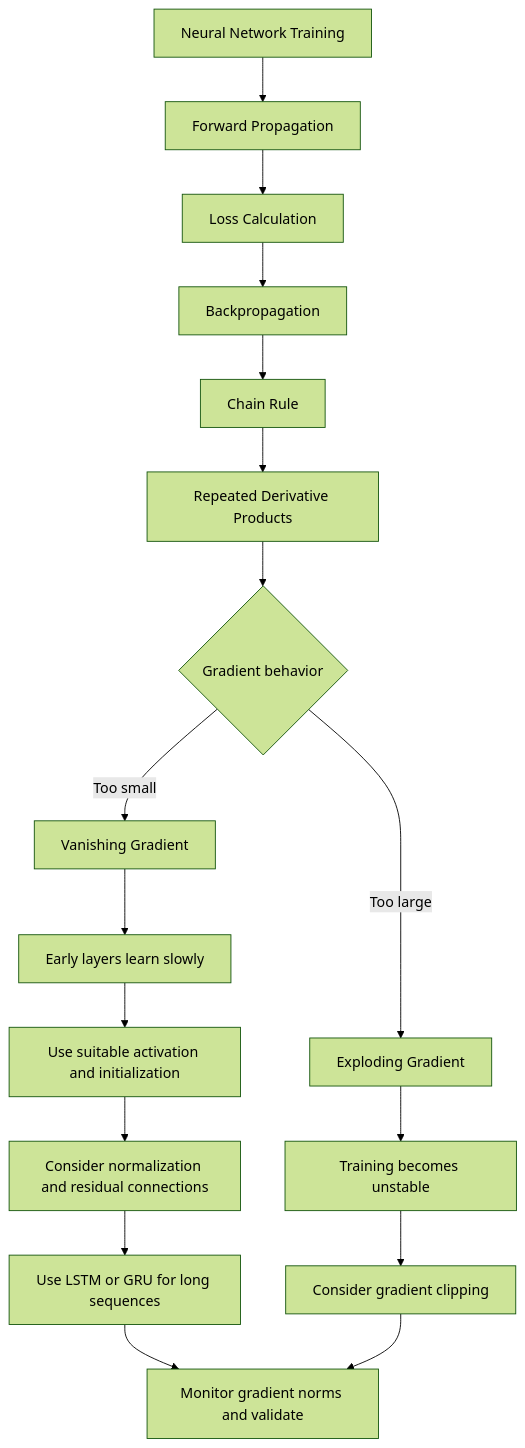
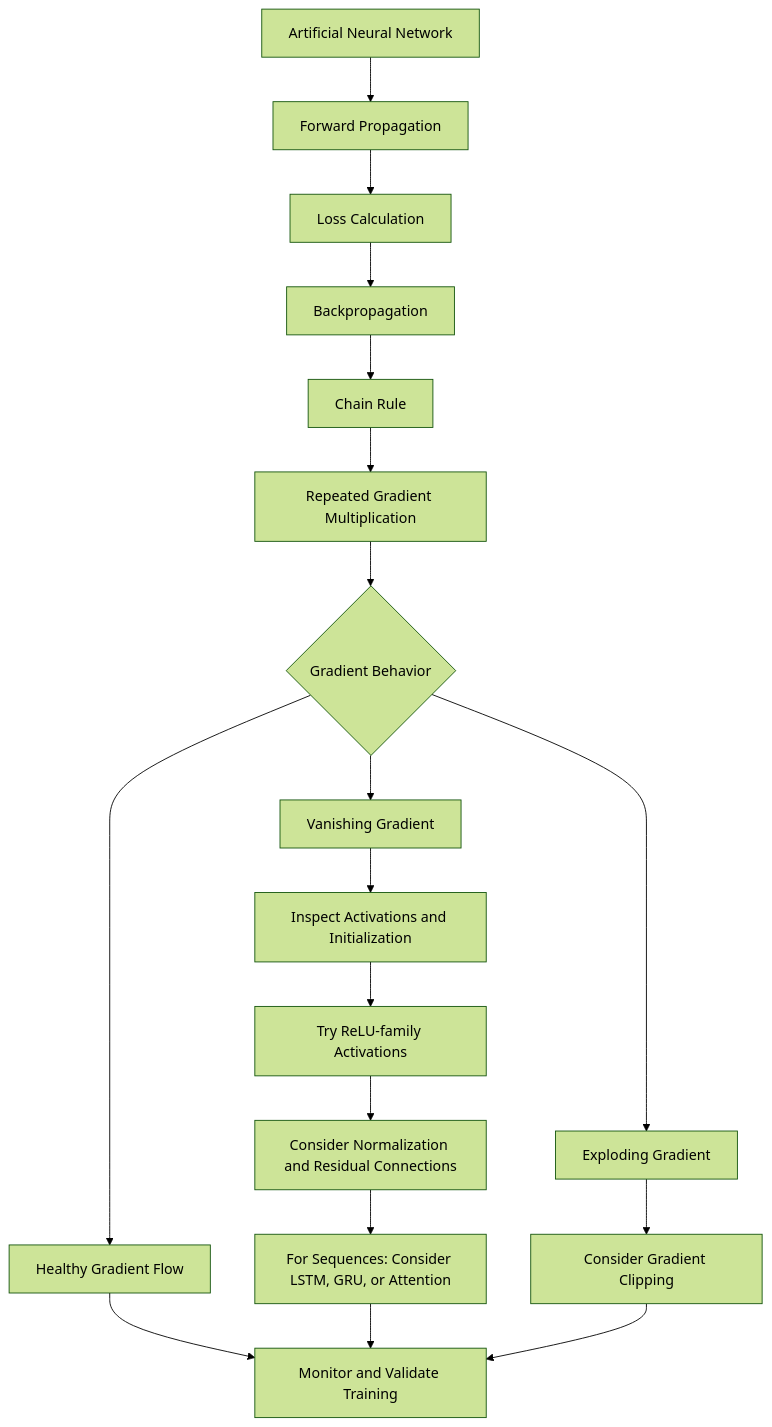
The tenth of 10 diagrams in 07_Vanishing Gradient Problem in ANN/README.md (swapnil3104/deep-learning-journey), drawn with Mermaid (forest theme) before and after one commit. The commit also changed other lines of this file and 1 other file, not shown here.

Commit message:
Update 07_Vanishing Gradient Problem in ANN/README.md

````diff
--- a/07_Vanishing Gradient Problem in ANN/README.md
+++ b/07_Vanishing Gradient Problem in ANN/README.md
@@ -1991,19 +1965,20 @@
 ``` mermaid
 flowchart TD
-    A[Neural Network Training] --> B[Forward Propagation]
-    B --> C[Loss Calculation]
-    C --> D[Backpropagation]
-    D --> E[Chain Rule]
-    E --> F[Repeated Derivative Products]
-    F --> G{Gradient behavior}
-    G -->|Too small| H[Vanishing Gradient]
-    G -->|Too large| I[Exploding Gradient]
-    H --> J[Early layers learn slowly]
-    I --> K[Training becomes unstable]
-    J --> L[Use suitable activation and initialization]
-    L --> M[Consider normalization and residual connections]
-    M --> N[Use LSTM or GRU for long sequences]
-    N --> O[Monitor gradient norms and validate]
-    K --> P[Consider gradient clipping]
-    P --> O
+    A["Artificial Neural Network"] --> B["Forward Propagation"]
+    B --> C["Loss Calculation"]
+    C --> D["Backpropagation"]
+    D --> E["Chain Rule"]
+    E --> F["Repeated Gradient Multiplication"]
+    F --> G{"Gradient Behavior"}
+    G --> H["Vanishing Gradient"]
+    G --> I["Healthy Gradient Flow"]
+    G --> J["Exploding Gradient"]
+    H --> K["Inspect Activations and Initialization"]
+    K --> L["Try ReLU-family Activations"]
+    L --> M["Consider Normalization and Residual Connections"]
+    M --> N["For Sequences: Consider LSTM, GRU, or Attention"]
+    J --> O["Consider Gradient Clipping"]
+    I --> P["Monitor and Validate Training"]
+    N --> P
+    O --> P
 ```
````
